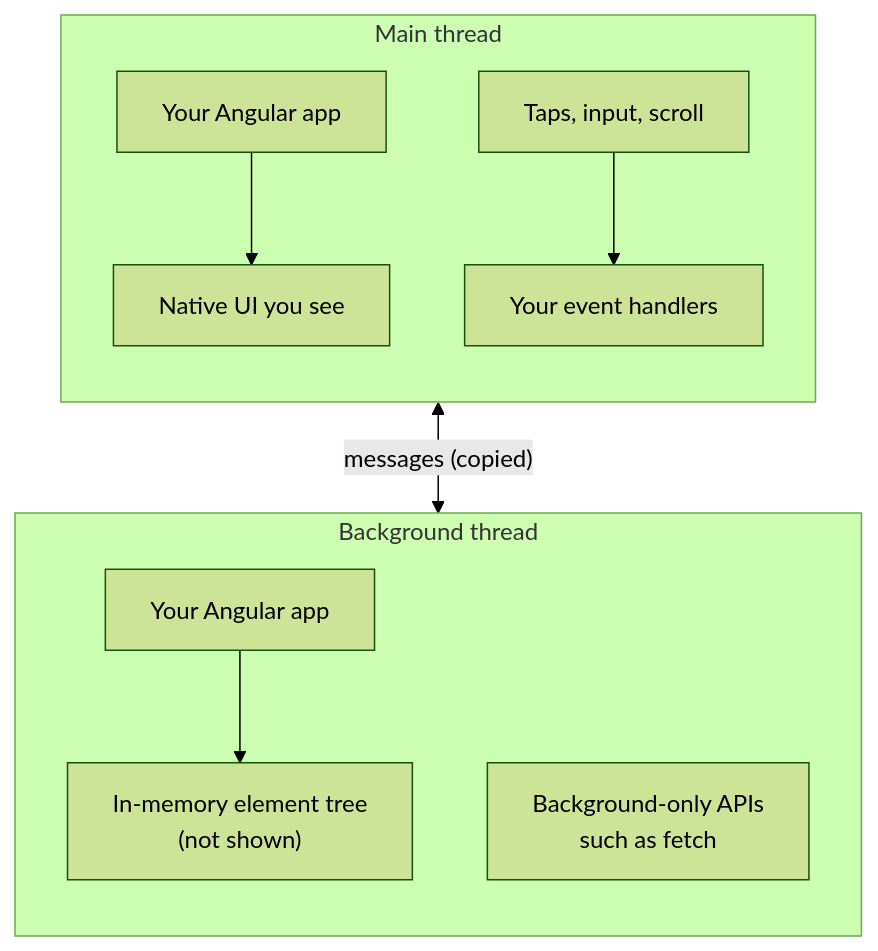
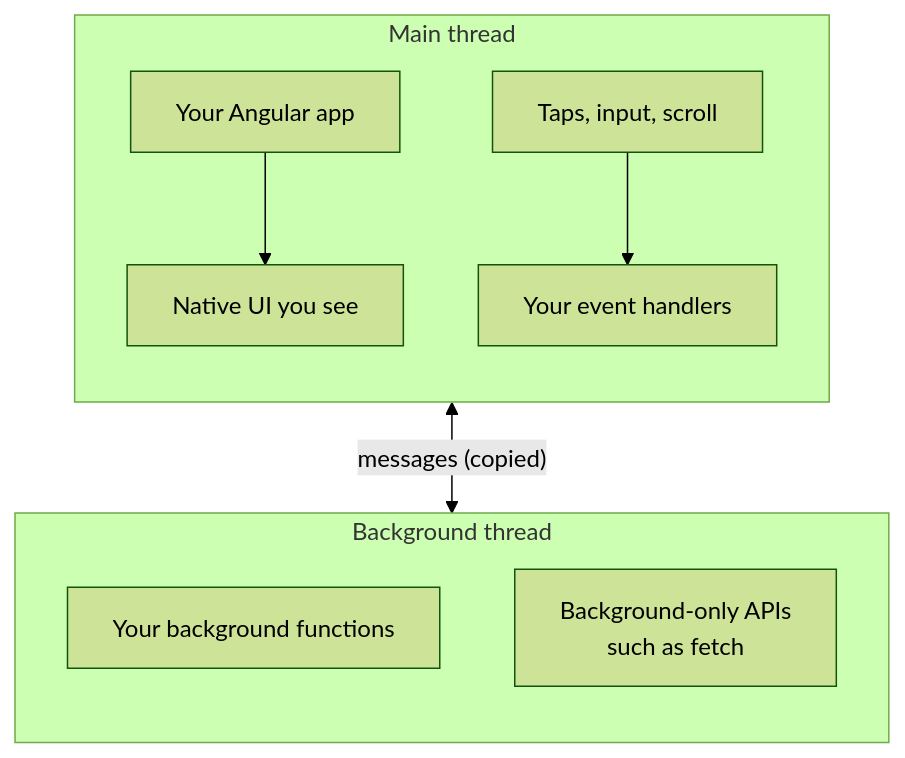
The diagram in packages/website/docs/guide/concepts/threads.mdx (Blotch-Smart-Frames/AngularLynx), drawn with Mermaid (forest theme) before and after one commit. The commit also changed other lines of this file and 96 other files, not shown here.

Commit message:
fix: Boot Angular on the main thread only (#83)

````diff
--- a/packages/website/docs/guide/concepts/threads.mdx
+++ b/packages/website/docs/guide/concepts/threads.mdx
@@ -20,14 +20,14 @@
 ```mermaid
 flowchart TB
     subgraph MT["Main thread"]
         direction TB
         M1["Your Angular app"] --> M2["Native UI you see"]
         M3["Taps, input, scroll"] --> M4["Your event handlers"]
     end
     subgraph BG["Background thread"]
         direction TB
-        B1["Your Angular app"] --> B2["In-memory element tree<br/>(not shown)"]
-        B3["Background-only APIs<br/>such as fetch"]
+        B1["Your background functions"]
+        B2["Background-only APIs<br/>such as fetch"]
     end
     MT <-->|"messages (copied)"| BG
 ```
````
